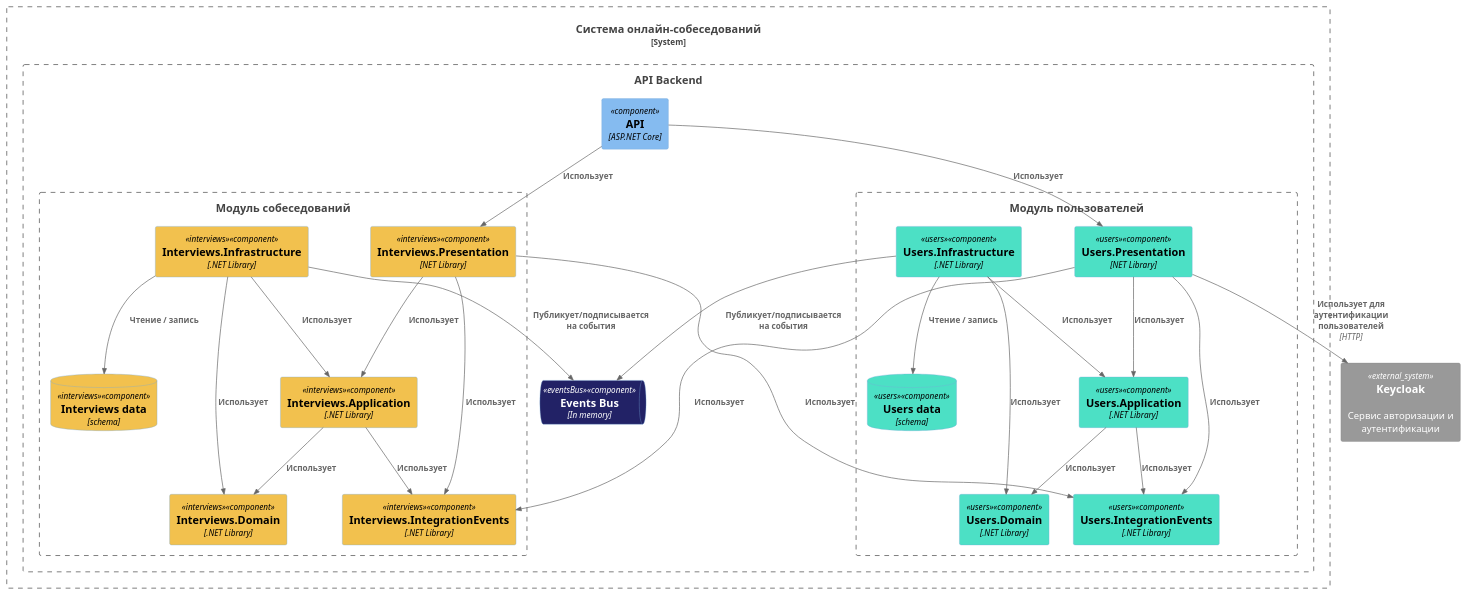
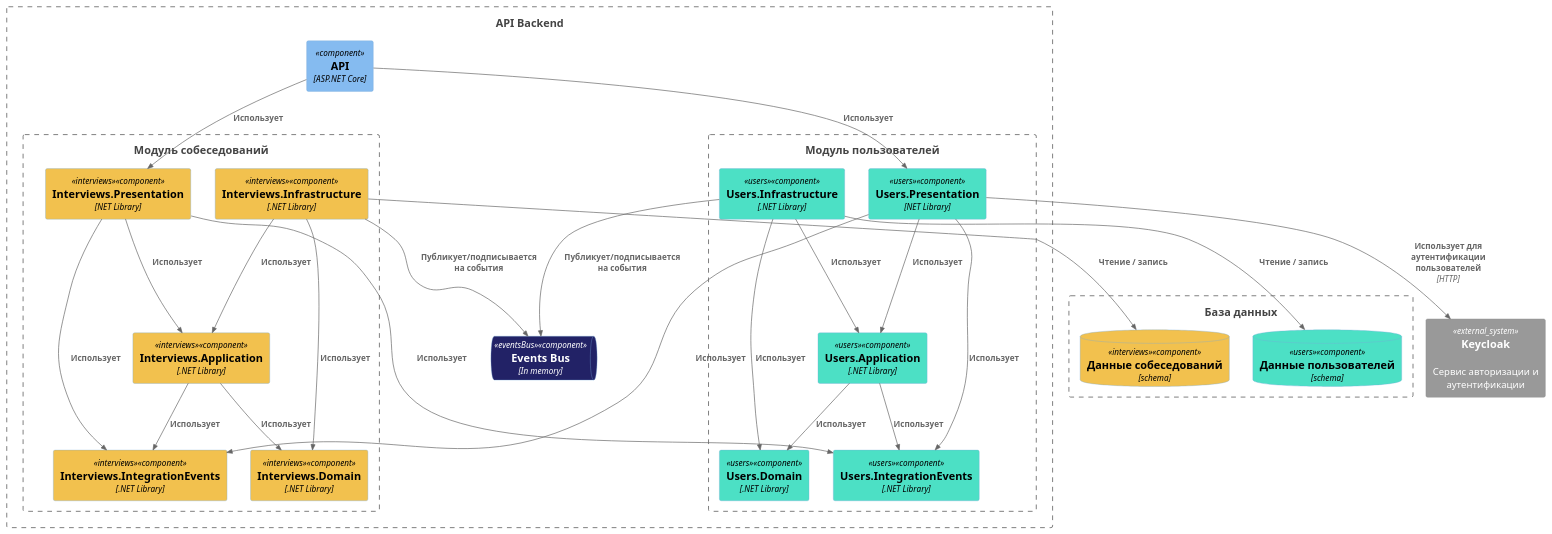
Before and after one commit to MLeontev/HSE_Architecture: the diagram in Lab Work №2/Docs/C4/Components/Module/component_module.puml, drawn with PlantUML. The commit also changed 6 other files, not shown here.

Commit message:
Исправил диаграммы компонентов, добавил диаграмму компонентов для фронтенда

```diff
--- a/Lab Work №2/Docs/C4/Components/Module/component_module.puml
+++ b/Lab Work №2/Docs/C4/Components/Module/component_module.puml
@@ -1,62 +1,62 @@
 @startuml C3 Users & Interviews Modules
 !include https://raw.githubusercontent.com/plantuml-stdlib/C4-PlantUML/master/C4_Component.puml
 
 AddComponentTag("users", $bgColor="#4ce0c5")
 AddComponentTag("interviews", $bgColor="#f2c14e")
 AddComponentTag("eventsBus", $bgColor="#222266", $fontColor="#ffffff")
 
-System_Boundary(c1, "Система онлайн-собеседований") {
+Boundary(apiBackend, "API Backend") {
 
-    Boundary(apiBackend, "API Backend") {
+    Component(api, "API", "ASP.NET Core")
 
-        Component(api, "API", "ASP.NET Core")
+    Boundary(interviewsModule, "Модуль собеседований") {
+        Component(interviewsPresentation, "Interviews.Presentation", "NET Library", $tags="interviews")
+        Component(interviewsApplication, "Interviews.Application", ".NET Library", $tags="interviews")
+        Component(interviewsDomain, "Interviews.Domain", ".NET Library", $tags="interviews")
+        Component(interviewsInfrastructure, "Interviews.Infrastructure", ".NET Library", $tags="interviews")
+        Component(interviewsIntegrationEvents, "Interviews.IntegrationEvents", ".NET Library", $tags="interviews")
+    }
 
-        Boundary(interviewsModule, "Модуль собеседований") {
-            Component(interviewsPresentation, "Interviews.Presentation", "NET Library", $tags="interviews")
-            Component(interviewsApplication, "Interviews.Application", ".NET Library", $tags="interviews")
-            Component(interviewsDomain, "Interviews.Domain", ".NET Library", $tags="interviews")
-            Component(interviewsInfrastructure, "Interviews.Infrastructure", ".NET Library", $tags="interviews")
-            Component(interviewsIntegrationEvents, "Interviews.IntegrationEvents", ".NET Library", $tags="interviews")
-            ComponentDb(interviewsData, "Interviews data", "schema", $tags="interviews")
-        }
+    Boundary(usersModule, "Модуль пользователей") {
+        Component(usersPresentation, "Users.Presentation", "NET Library", $tags="users")
+        Component(usersApplication, "Users.Application", ".NET Library", $tags="users")
+        Component(usersDomain, "Users.Domain", ".NET Library", $tags="users")
+        Component(usersInfrastructure, "Users.Infrastructure", ".NET Library", $tags="users")
+        Component(usersIntegrationEvents, "Users.IntegrationEvents", ".NET Library", $tags="users")
+    }
 
-        Boundary(usersModule, "Модуль пользователей") {
-            Component(usersPresentation, "Users.Presentation", "NET Library", $tags="users")
-            Component(usersApplication, "Users.Application", ".NET Library", $tags="users")
-            Component(usersDomain, "Users.Domain", ".NET Library", $tags="users")
-            Component(usersInfrastructure, "Users.Infrastructure", ".NET Library", $tags="users")
-            Component(usersIntegrationEvents, "Users.IntegrationEvents", ".NET Library", $tags="users")
-            ComponentDb(usersData, "Users data", "schema", $tags="users")
-        }
+    ComponentQueue(eventsBus, "Events Bus", "In memory", $tags="eventsBus")
+}
 
-        ComponentQueue(eventsBus, "Events Bus", "In memory", $tags="eventsBus")
-    }
+Boundary(database, "База данных") {
+    ComponentDb(usersData, "Данные пользователей", "schema", $tags="users")
+    ComponentDb(interviewsData, "Данные собеседований", "schema", $tags="interviews")
 }
 
 System_Ext(keycloak, "Keycloak", "Сервис авторизации и аутентификации")
 Rel(usersPresentation, keycloak, "Использует для аутентификации пользователей", "HTTP")
 
 Rel(api, usersPresentation, "Использует")
 Rel(usersPresentation, usersApplication, "Использует")
 Rel(usersApplication, usersDomain, "Использует")
 Rel(usersInfrastructure, usersApplication, "Использует")
 Rel(usersInfrastructure, usersDomain, "Использует")
 Rel(usersInfrastructure, usersData, "Чтение / запись")
 Rel(usersApplication, usersIntegrationEvents, "Использует")
 Rel(usersInfrastructure, eventsBus, "Публикует/подписывается на события")
 Rel(usersPresentation, usersIntegrationEvents, "Использует")
 
 Rel(api, interviewsPresentation, "Использует")
 Rel(interviewsPresentation, interviewsApplication, "Использует")
 Rel(interviewsApplication, interviewsDomain, "Использует")
 Rel(interviewsInfrastructure, interviewsApplication, "Использует")
 Rel(interviewsInfrastructure, interviewsDomain, "Использует")
 Rel(interviewsInfrastructure, interviewsData, "Чтение / запись")
 Rel(interviewsApplication, interviewsIntegrationEvents, "Использует")
 Rel(interviewsInfrastructure, eventsBus, "Публикует/подписывается на события")
 Rel(interviewsPresentation, interviewsIntegrationEvents, "Использует")
 
 Rel(usersPresentation, interviewsIntegrationEvents, "Использует")
 Rel(interviewsPresentation, usersIntegrationEvents, "Использует")
 
 @enduml
```
